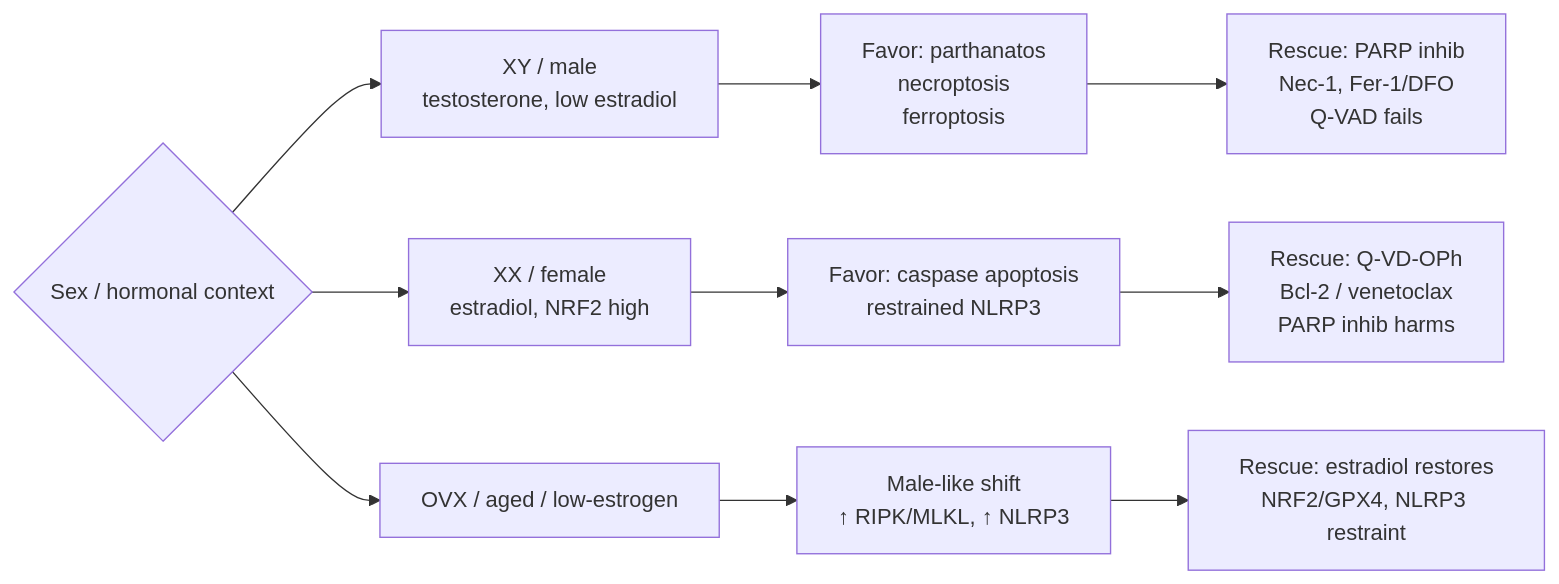
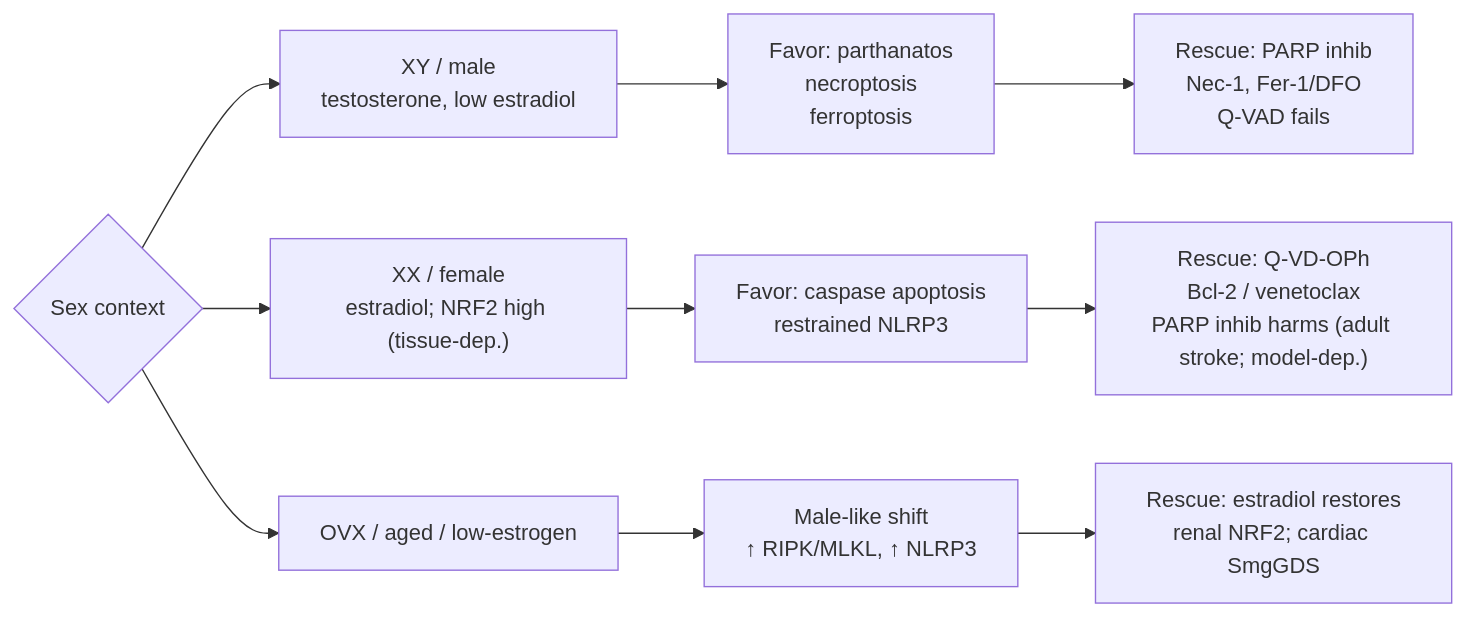
One commit to jkuo45/llm-wiki-jk changed the third of 3 diagrams in src/tasks/task_output_cell_death_decision_tree_11_Sep_2026.md. Above: the diagram before and after it, drawn with Mermaid. The commit also changed other lines of this file and 5 other files, not shown here.

````diff
--- a/src/tasks/task_output_cell_death_decision_tree_11_Sep_2026.md
+++ b/src/tasks/task_output_cell_death_decision_tree_11_Sep_2026.md
@@ -78,14 +82,14 @@
 ```mermaid
 flowchart LR
-    SEX{"Sex / hormonal context"} --> XY["XY / male\ntestosterone, low estradiol"]
-    SEX --> XX["XX / female\nestradiol, NRF2 high"]
+    SEX{"Sex context"} --> XY["XY / male\ntestosterone, low estradiol"]
+    SEX --> XX["XX / female\nestradiol; NRF2 high (tissue-dep.)"]
     SEX --> OVX["OVX / aged / low-estrogen"]
 
     XY --> XY1["Favor: parthanatos\nnecroptosis\nferroptosis"]
     XX --> XX1["Favor: caspase apoptosis\nrestrained NLRP3"]
     OVX --> OVX1["Male-like shift\n↑ RIPK/MLKL, ↑ NLRP3"]
 
     XY1 --> RX["Rescue: PARP inhib\nNec-1, Fer-1/DFO\nQ-VAD fails"]
-    XX1 --> RF["Rescue: Q-VD-OPh\nBcl-2 / venetoclax\nPARP inhib harms"]
-    OVX1 --> RO["Rescue: estradiol restores\nNRF2/GPX4, NLRP3 restraint"]
+    XX1 --> RF["Rescue: Q-VD-OPh\nBcl-2 / venetoclax\nPARP inhib harms (adult stroke; model-dep.)"]
+    OVX1 --> RO["Rescue: estradiol restores\nrenal NRF2; cardiac SmgGDS"]
 ```
````
